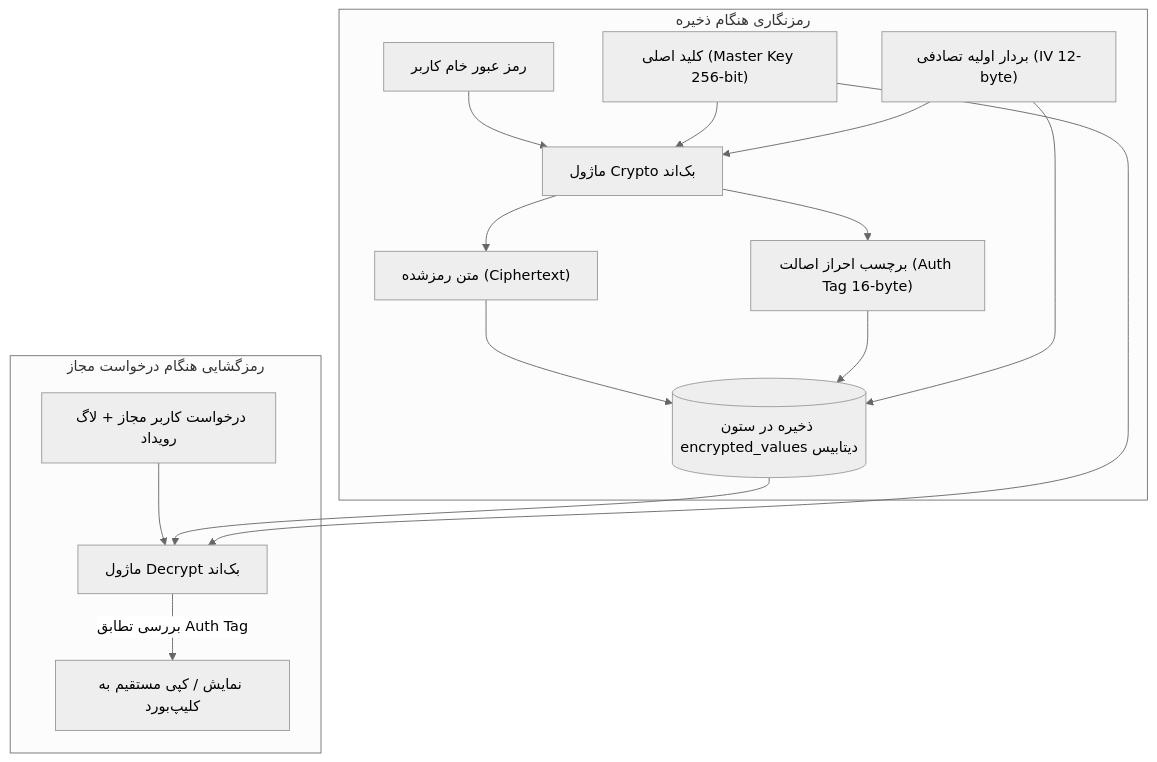
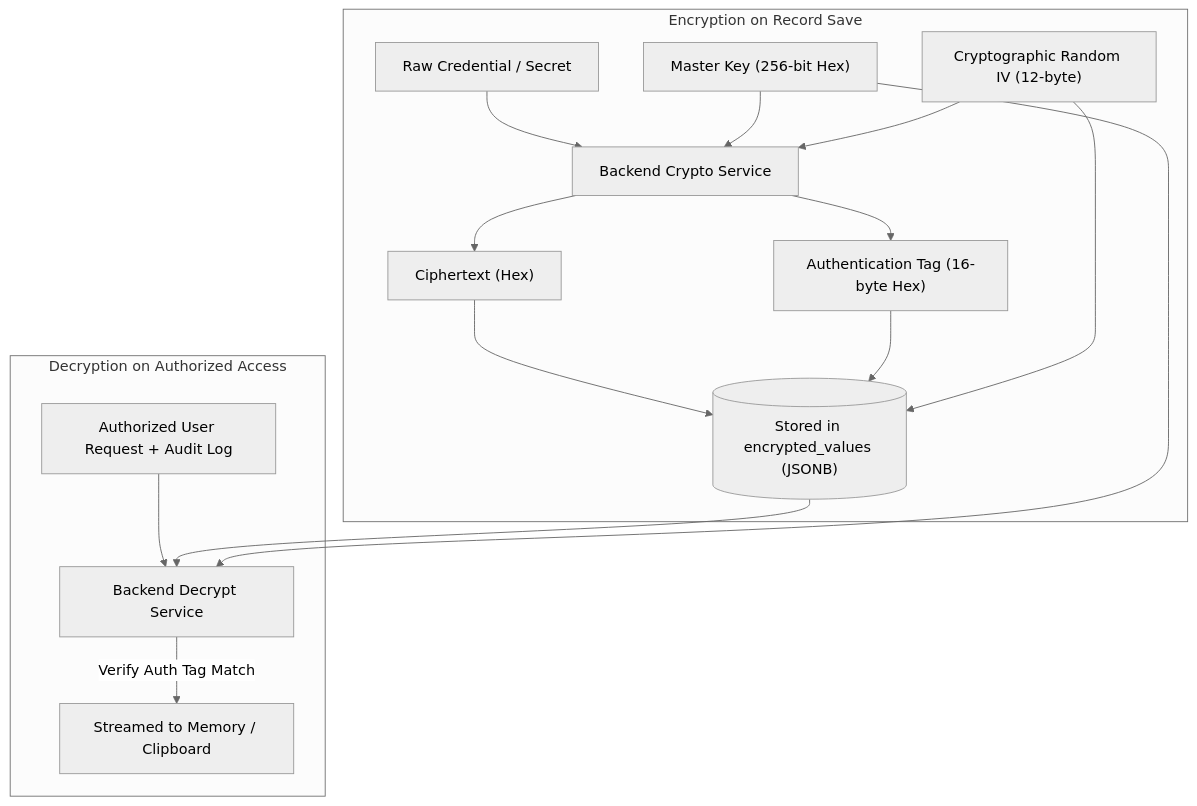
The diagram in docs/03-security-and-encryption.md (mhdio64/daftar), drawn with Mermaid (neutral theme) before and after one commit. The commit also changed other lines of this file and 8 other files, not shown here.

Commit message:
docs: translate all documentation and architecture specs to English

````diff
--- a/docs/03-security-and-encryption.md
+++ b/docs/03-security-and-encryption.md
@@ -14,18 +14,18 @@
 ```mermaid
 flowchart TD
-    subgraph Encryption ["رمزنگاری هنگام ذخیره"]
-        PlainText["رمز عبور خام کاربر"] --> CryptoEnc["ماژول Crypto بک‌اند"]
-        MasterKey["کلید اصلی (Master Key 256-bit)"] --> CryptoEnc
-        RandomIV["بردار اولیه تصادفی (IV 12-byte)"] --> CryptoEnc
-        CryptoEnc --> CipherText["متن رمزشده (Ciphertext)"]
-        CryptoEnc --> AuthTag["برچسب احراز اصالت (Auth Tag 16-byte)"]
-        CipherText & AuthTag & RandomIV --> JSONStore[("ذخیره در ستون encrypted_values دیتابیس")]
+    subgraph Encryption ["Encryption on Record Save"]
+        PlainText["Raw Credential / Secret"] --> CryptoEnc["Backend Crypto Service"]
+        MasterKey["Master Key (256-bit Hex)"] --> CryptoEnc
+        RandomIV["Cryptographic Random IV (12-byte)"] --> CryptoEnc
+        CryptoEnc --> CipherText["Ciphertext (Hex)"]
+        CryptoEnc --> AuthTag["Authentication Tag (16-byte Hex)"]
+        CipherText & AuthTag & RandomIV --> JSONStore[("Stored in encrypted_values (JSONB)")]
     end
 
-    subgraph Decryption ["رمزگشایی هنگام درخواست مجاز"]
-        Req["درخواست کاربر مجاز + لاگ رویداد"] --> CryptoDec["ماژول Decrypt بک‌اند"]
+    subgraph Decryption ["Decryption on Authorized Access"]
+        Req["Authorized User Request + Audit Log"] --> CryptoDec["Backend Decrypt Service"]
         JSONStore --> CryptoDec
         MasterKey --> CryptoDec
-        CryptoDec -->|بررسی تطابق Auth Tag| ResultPlain["نمایش / کپی مستقیم به کلیپ‌بورد"]
+        CryptoDec -->|Verify Auth Tag Match| ResultPlain["Streamed to Memory / Clipboard"]
     end
 ```
````
